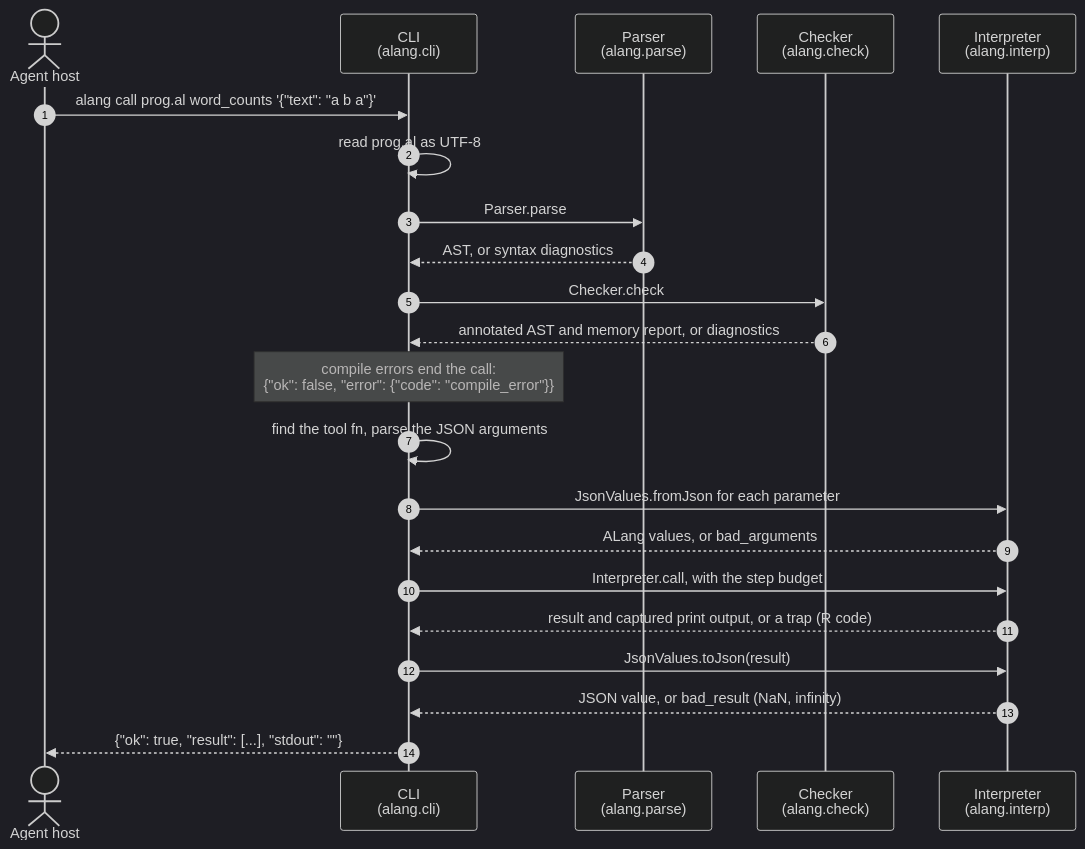
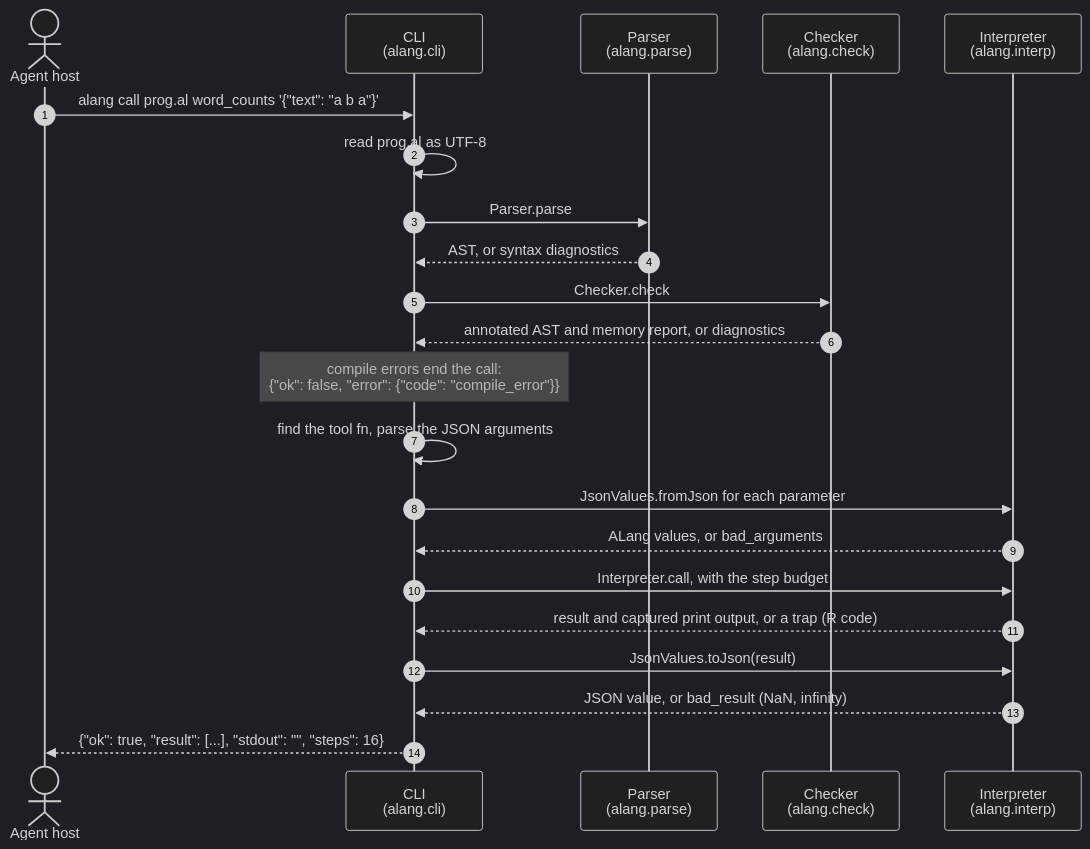
One commit to adamw7/alang changed the fourth of 4 diagrams in docs/ARCHITECTURE.md. Above: the diagram before and after it, drawn with Mermaid (dark theme). The commit also changed 8 other files, not shown here.

````diff
--- a/docs/ARCHITECTURE.md
+++ b/docs/ARCHITECTURE.md
@@ -152,25 +152,25 @@
 ```mermaid
 sequenceDiagram
     autonumber
     actor Host as Agent host
     participant CLI as CLI<br/>(alang.cli)
     participant Parse as Parser<br/>(alang.parse)
     participant Check as Checker<br/>(alang.check)
     participant Interp as Interpreter<br/>(alang.interp)
 
     Host->>CLI: alang call prog.al word_counts '{"text": "a b a"}'
     CLI->>CLI: read prog.al as UTF-8
     CLI->>Parse: Parser.parse
     Parse-->>CLI: AST, or syntax diagnostics
     CLI->>Check: Checker.check
     Check-->>CLI: annotated AST and memory report, or diagnostics
     Note over CLI: compile errors end the call:<br/>{"ok": false, "error": {"code": "compile_error"}}
     CLI->>CLI: find the tool fn, parse the JSON arguments
     CLI->>Interp: JsonValues.fromJson for each parameter
     Interp-->>CLI: ALang values, or bad_arguments
     CLI->>Interp: Interpreter.call, with the step budget
     Interp-->>CLI: result and captured print output, or a trap (R code)
     CLI->>Interp: JsonValues.toJson(result)
     Interp-->>CLI: JSON value, or bad_result (NaN, infinity)
-    CLI-->>Host: {"ok": true, "result": [...], "stdout": ""}
+    CLI-->>Host: {"ok": true, "result": [...], "stdout": "", "steps": 16}
 ```
````
